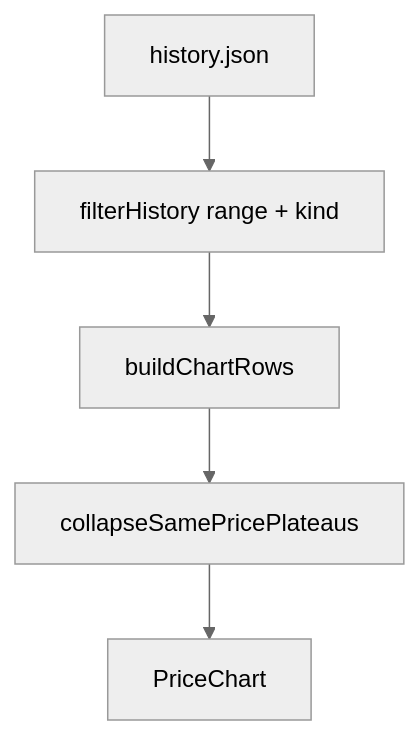
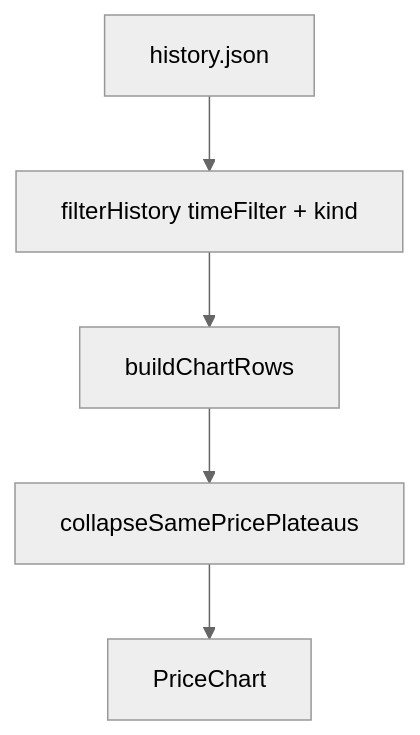
One commit to PhamMinhTien05102001/old-but-gold changed the diagram in CHART.md. Above: the diagram before and after it, drawn with Mermaid (neutral theme). The commit also changed other lines of this file and 7 other files, not shown here.

````diff
--- a/CHART.md
+++ b/CHART.md
@@ -40,9 +41,9 @@
 ```mermaid
 flowchart TD
   hist[history.json]
-  filt[filterHistory range + kind]
+  filt[filterHistory timeFilter + kind]
   rows[buildChartRows]
   collapse[collapseSamePricePlateaus]
   chart[PriceChart]
   hist --> filt --> rows --> collapse --> chart
 ```
````
